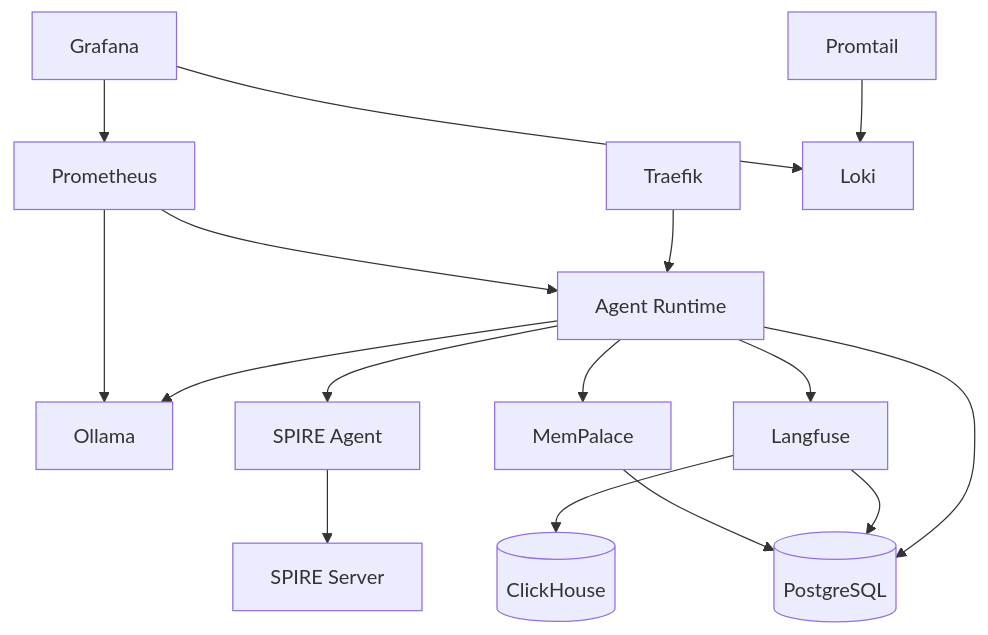
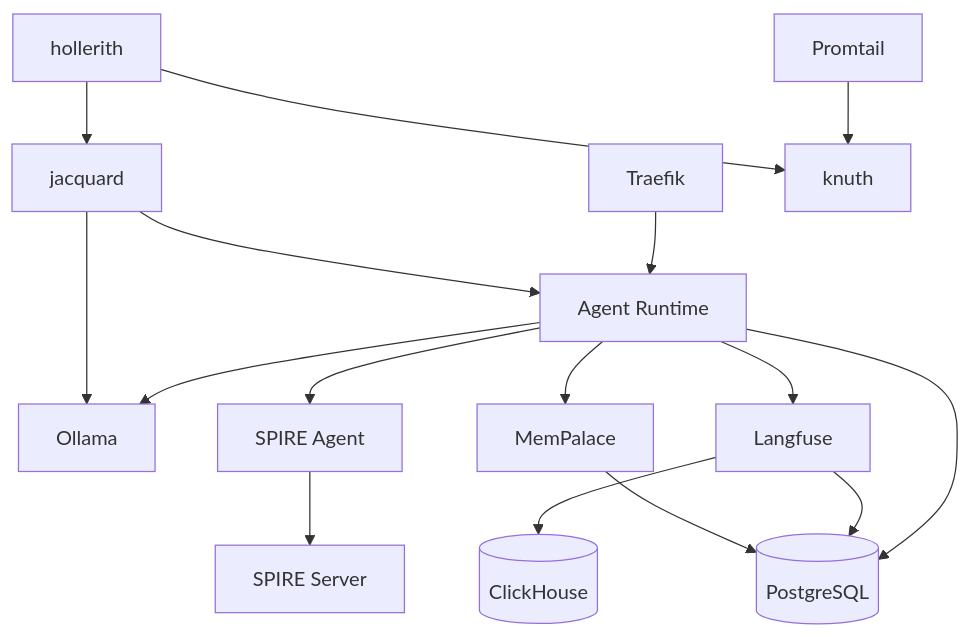
Before and after one commit to Misterobots/Agent_Swarm: the diagram in docs-site/docs/admin-guide/configuration/docker-compose.md, drawn with Mermaid. The commit also changed other lines of this file and 350 other files, not shown here.

````diff
--- a/docs-site/docs/admin-guide/configuration/docker-compose.md
+++ b/docs-site/docs/admin-guide/configuration/docker-compose.md
@@ -75,18 +75,18 @@
 ```mermaid
 graph TD
     RT[Agent Runtime] --> Ollama
     RT --> SPIRE-A[SPIRE Agent]
     RT --> PG[(PostgreSQL)]
     RT --> LF[Langfuse]
     RT --> MP[MemPalace]
     LF --> CH[(ClickHouse)]
     LF --> PG
     MP --> PG
     SPIRE-A --> SPIRE-S[SPIRE Server]
     Traefik --> RT
-    Prometheus --> RT
-    Prometheus --> Ollama
-    Promtail --> Loki
-    Grafana --> Prometheus
-    Grafana --> Loki
+    jacquard --> RT
+    jacquard --> Ollama
+    Promtail --> knuth
+    hollerith --> jacquard
+    hollerith --> knuth
 ```
````
